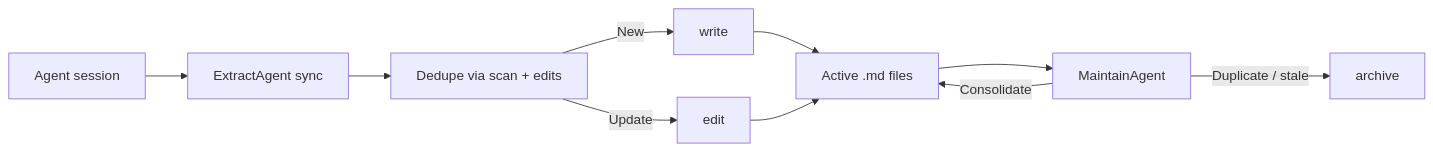
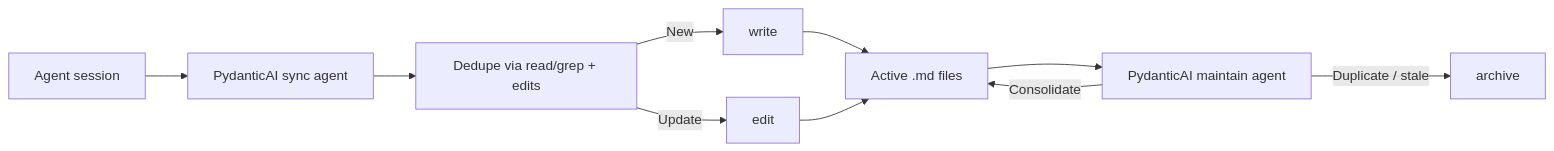
The diagram in docs/concepts/memory-model.md (lerim-dev/lerim-cli), drawn with Mermaid before and after one commit. The commit also changed other lines of this file and 27 other files, not shown here.

````diff
--- a/docs/concepts/memory-model.md
+++ b/docs/concepts/memory-model.md
@@ -38,12 +38,12 @@
 ```mermaid
 flowchart LR
-    A["Agent session"] --> B["ExtractAgent sync"]
-    B --> C["Dedupe via scan + edits"]
+    A["Agent session"] --> B["PydanticAI sync agent"]
+    B --> C["Dedupe via read/grep + edits"]
     C -->|New| D["write"]
     C -->|Update| E["edit"]
     D --> F["Active .md files"]
     E --> F
-    F --> G["MaintainAgent"]
+    F --> G["PydanticAI maintain agent"]
     G -->|Duplicate / stale| H["archive"]
     G -->|Consolidate| F
 ```
````
